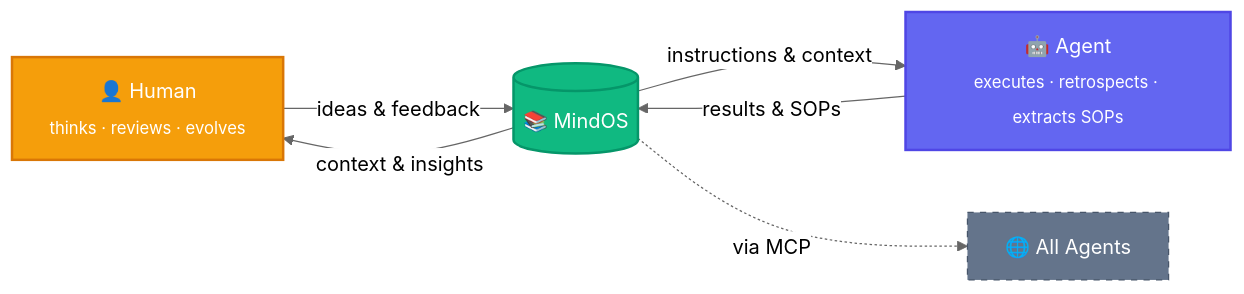
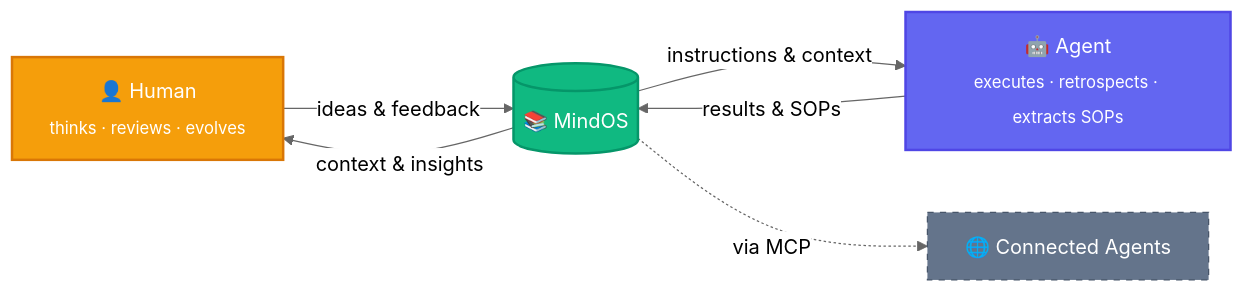
One commit to GeminiLight/MindOS changed the diagram in README.md. Above: the diagram before and after it, drawn with Mermaid (neutral theme). The commit also changed other lines of this file and 1 other file, not shown here.

````diff
--- a/README.md
+++ b/README.md
@@ -253,18 +254,18 @@
 ```mermaid
 graph LR
     H["👤 Human<br/><sub>thinks · reviews · evolves</sub>"]
     M[("📚 MindOS")]
     A["🤖 Agent<br/><sub>executes · retrospects · extracts SOPs</sub>"]
-    EXT["🌐 All Agents"]
+    EXT["🌐 Connected Agents"]
 
     H -- "ideas & feedback" --> M
     M -- "context & insights" --> H
     M -- "instructions & context" --> A
     A -- "results & SOPs" --> M
     M -. "via MCP" .-> EXT
 
     style H fill:#f59e0b,stroke:#d97706,color:#fff,stroke-width:2px
     style M fill:#10b981,stroke:#059669,color:#fff,stroke-width:2px
     style A fill:#6366f1,stroke:#4f46e5,color:#fff,stroke-width:2px
     style EXT fill:#64748b,stroke:#475569,color:#fff,stroke-dasharray:5 5
 ```
````
